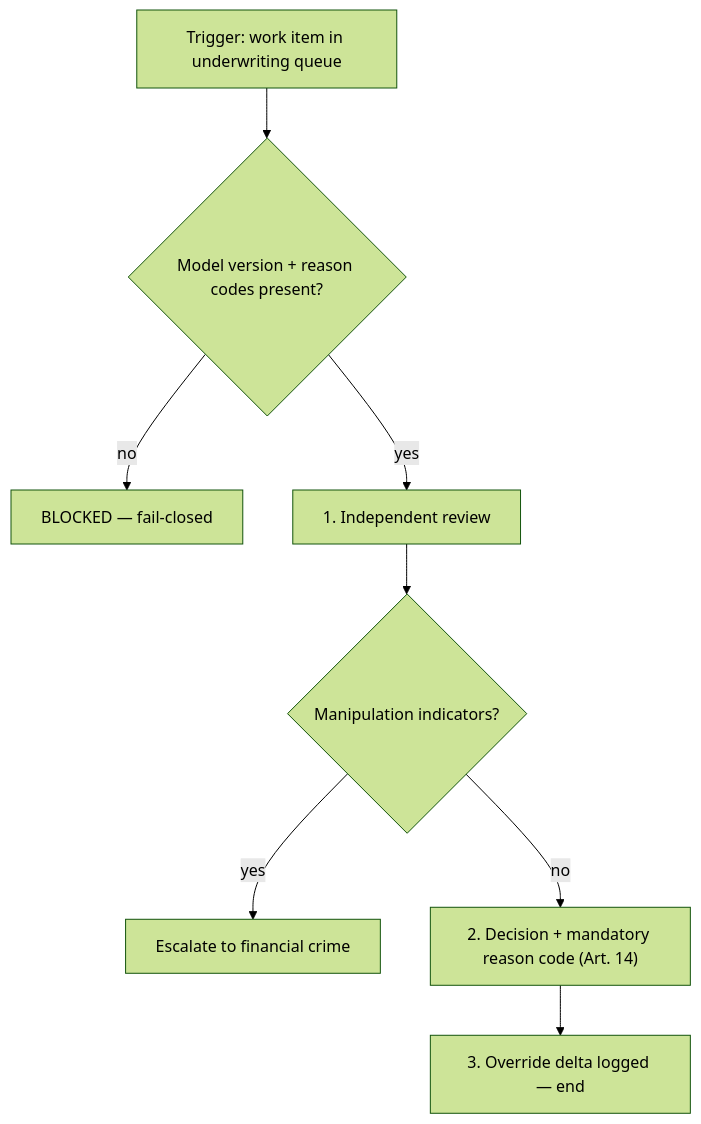
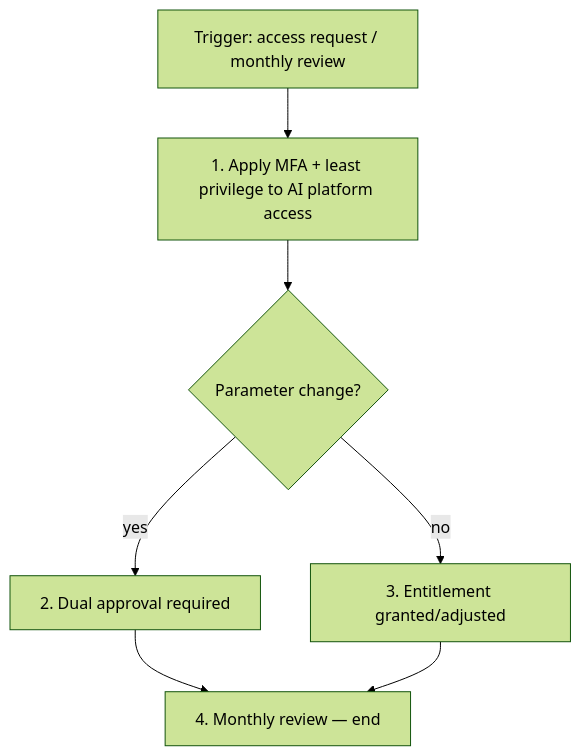
Diagram 46 of 60 in 02_CASES/Case_03_OmniBank_Financial/03_PHASE3_DECOMPOSITION/Doc32_Process_Capability_Cards.md (pauloribeiro16/Methodology_compact), drawn with Mermaid (forest theme) before and after one commit. The commit also changed other lines of this file and 14 other files, not shown here.

````diff
--- a/02_CASES/Case_03_OmniBank_Financial/03_PHASE3_DECOMPOSITION/Doc32_Process_Capability_Cards.md
+++ b/02_CASES/Case_03_OmniBank_Financial/03_PHASE3_DECOMPOSITION/Doc32_Process_Capability_Cards.md
@@ -891,10 +1021,9 @@
 ```mermaid
 flowchart TD
-    T["Trigger: work item in underwriting queue"] --> D1{"Model version + reason codes present?"}
-    D1 -->|"no"| B["BLOCKED — fail-closed"]
-    D1 -->|"yes"| A1["1. Independent review"]
-    A1 --> D2{"Manipulation indicators?"}
-    D2 -->|"yes"| ESC["Escalate to financial crime"]
-    D2 -->|"no"| A2["2. Decision + mandatory reason code (Art. 14)"]
-    A2 --> A3["3. Override delta logged — end"]
+    T["Trigger: access request / monthly review"] --> A1["1. Apply MFA + least privilege to AI platform access"]
+    A1 --> D1{"Parameter change?"}
+    D1 -->|"yes"| A2["2. Dual approval required"]
+    D1 -->|"no"| A3["3. Entitlement granted/adjusted"]
+    A2 --> A4["4. Monthly review — end"]
+    A3 --> A4
 ```
````
